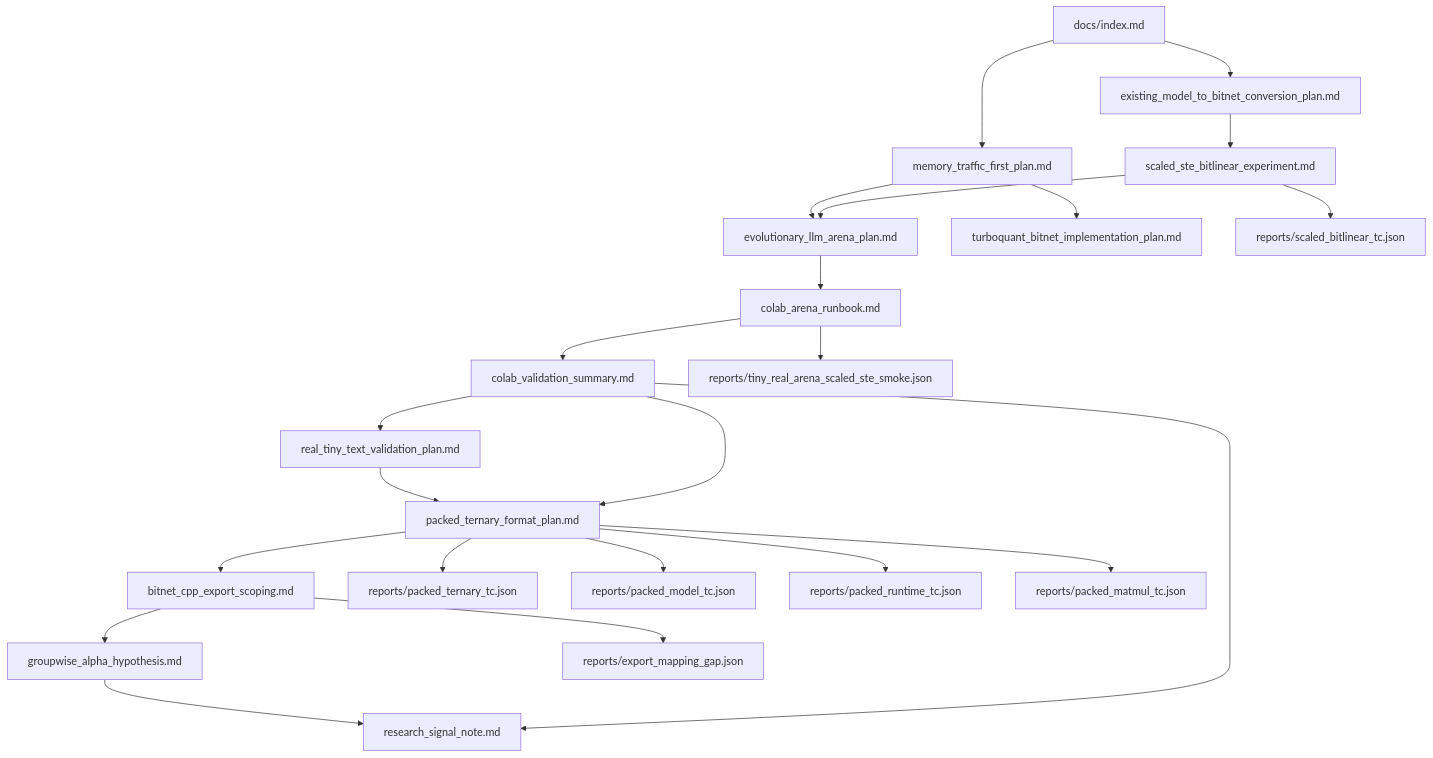
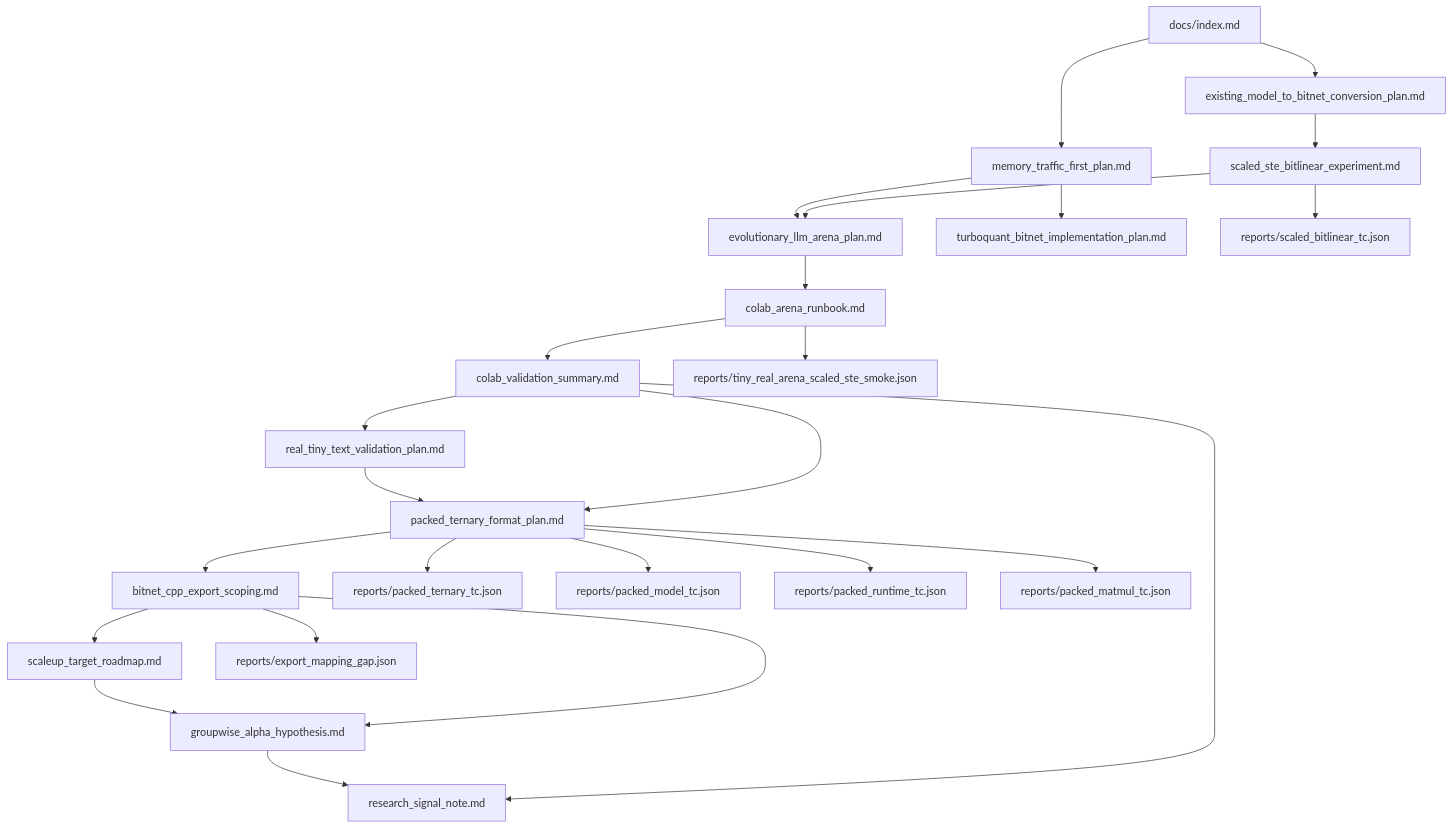
One commit to gtpk/BitNet-Transformers changed the diagram in docs/index.md. Above: the diagram before and after it, drawn with Mermaid. The commit also changed other lines of this file and 5 other files, not shown here.

Commit message:
Document scale-up roadmap from llama-160m to gpt-oss

````diff
--- a/docs/index.md
+++ b/docs/index.md
@@ -159,25 +161,27 @@
 ```mermaid
 flowchart TD
   A["docs/index.md"] --> B["memory_traffic_first_plan.md"]
   A --> C["existing_model_to_bitnet_conversion_plan.md"]
   C --> D["scaled_ste_bitlinear_experiment.md"]
   D --> E["evolutionary_llm_arena_plan.md"]
   E --> F["colab_arena_runbook.md"]
   F --> J["colab_validation_summary.md"]
   J --> K["real_tiny_text_validation_plan.md"]
   J --> L["research_signal_note.md"]
   J --> M["packed_ternary_format_plan.md"]
   K --> M["packed_ternary_format_plan.md"]
   M --> R["bitnet_cpp_export_scoping.md"]
+  R --> U["scaleup_target_roadmap.md"]
   R --> T["groupwise_alpha_hypothesis.md"]
+  U --> T
   T --> L
   B --> E
   B --> G["turboquant_bitnet_implementation_plan.md"]
   F --> H["reports/tiny_real_arena_scaled_ste_smoke.json"]
   D --> I["reports/scaled_bitlinear_tc.json"]
   M --> N["reports/packed_ternary_tc.json"]
   M --> O["reports/packed_model_tc.json"]
   M --> P["reports/packed_runtime_tc.json"]
   M --> Q["reports/packed_matmul_tc.json"]
   R --> S["reports/export_mapping_gap.json"]
 ```
````
